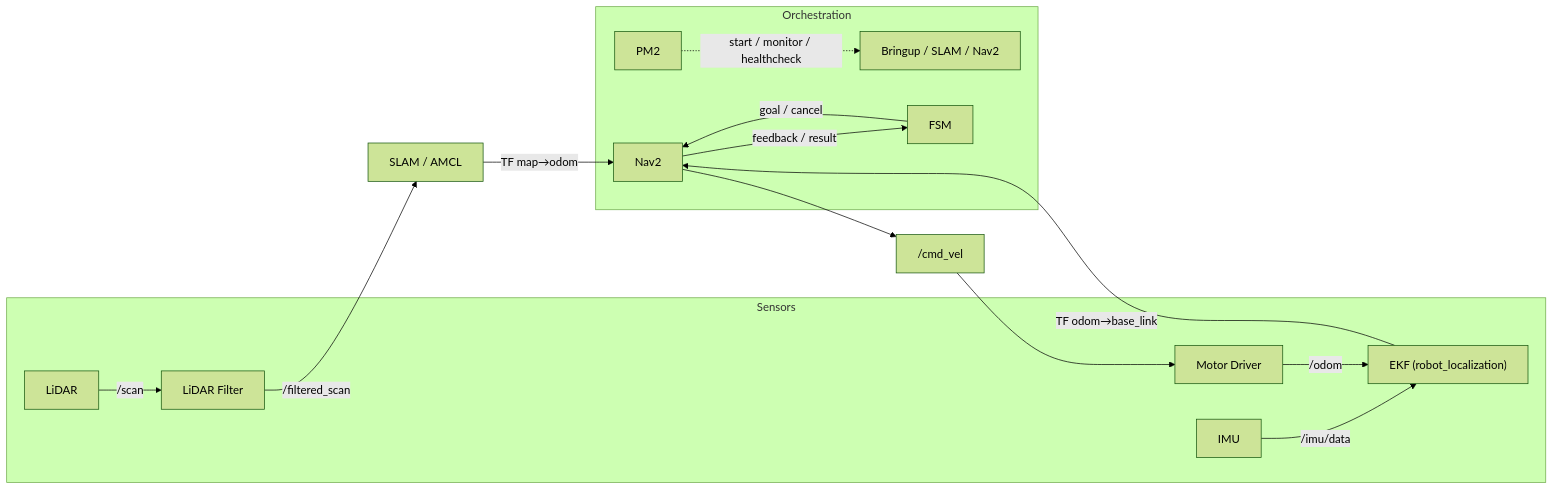
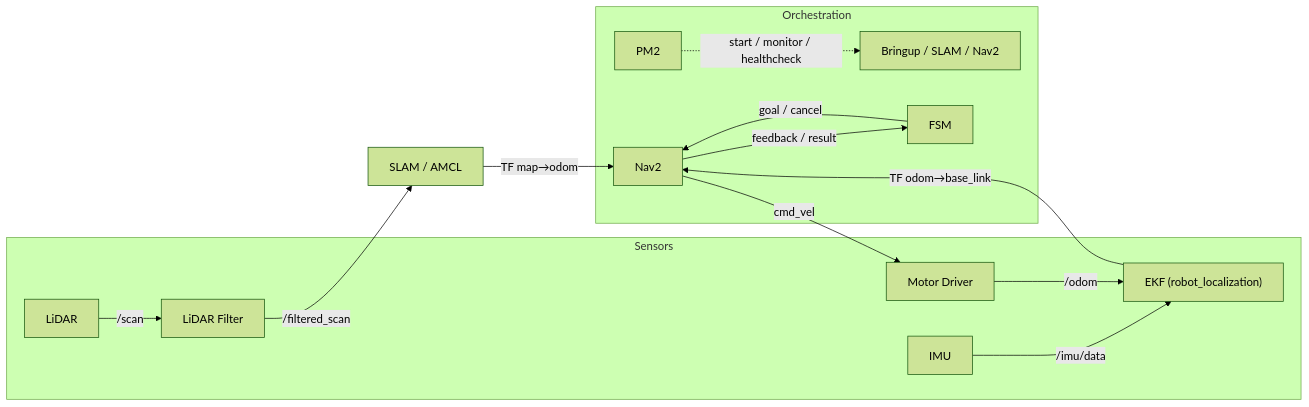
The diagram in README.md (DeveloperKSH/Indoor_LogisticsRobot), drawn with Mermaid (forest theme) before and after one commit.

Commit message:
md file update

````diff
--- a/README.md
+++ b/README.md
@@ -66,22 +66,21 @@
 ```mermaid
 flowchart LR
   subgraph Sensors
     L["LiDAR"] -->|/scan| F1["LiDAR Filter"]
     I["IMU"] -->|/imu/data| E["EKF (robot_localization)"]
     M["Motor Driver"] -->|/odom| E
   end
 
   F1 -->|/filtered_scan| S["SLAM / AMCL"]
   S -->|TF map→odom| N["Nav2"]
   E -->|TF odom→base_link| N
 
   %% ★ cmd_vel 라벨을 중간 노드로 분리
-  N --> Q["/cmd_vel"]
-  Q --> M
+  N --> |cmd_vel| M
 
   subgraph Orchestration
     P["PM2"] -. "start / monitor / healthcheck" .-> B["Bringup / SLAM / Nav2"]
     W["FSM"] -->|goal / cancel| N
     N -->|feedback / result| W
   end
 ```
````
